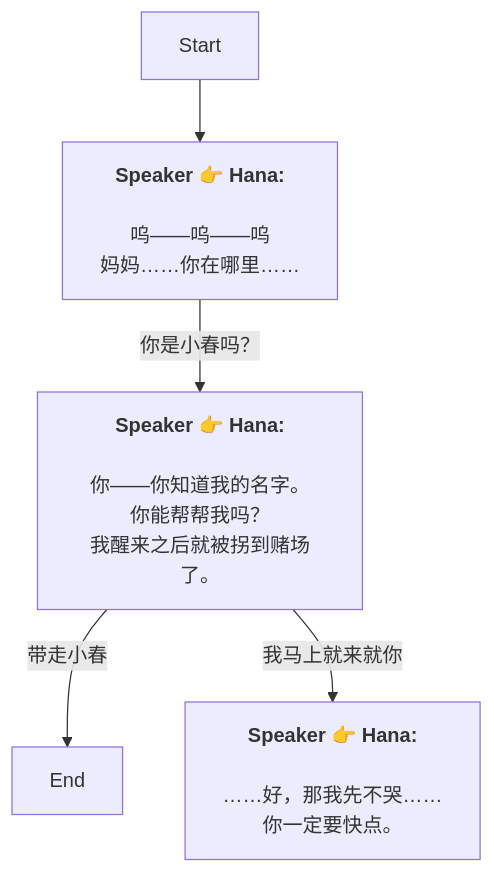
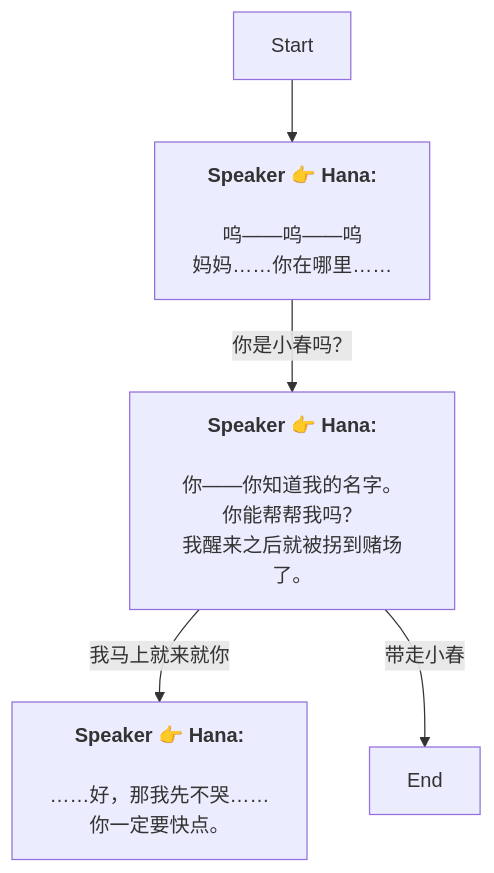
One commit to SoftHu/tos_avg changed the diagram in Zh/Dialog_55189570570308.md. Above: the diagram before and after it, drawn with Mermaid. The commit also changed other lines of this file and 780 other files, not shown here.

````diff
--- a/Zh/Dialog_55189570570308.md
+++ b/Zh/Dialog_55189570570308.md
@@ -1,12 +1,12 @@
 ```mermaid
 graph
 Start -->1766066321450738[<b>Speaker 👉 Hana:</b>
 \n呜——呜——呜\n妈妈……你在哪里……]
 1766066321450738 -->|你是小春吗？|1766066401604344[<b>Speaker 👉 Hana:</b>
 \n你——你知道我的名字。\n你能帮帮我吗？
 我醒来之后就被拐到赌场了。]
-1766066401604344 -->|带走小春|1766066325883635[End]
 1766066401604344 -->|我马上就来就你|1766066504773374[<b>Speaker 👉 Hana:</b>
 \n……好，那我先不哭……\n你一定要快点。]
+1766066401604344 -->|带走小春|1766066325883635[End]
 
 ```
````
